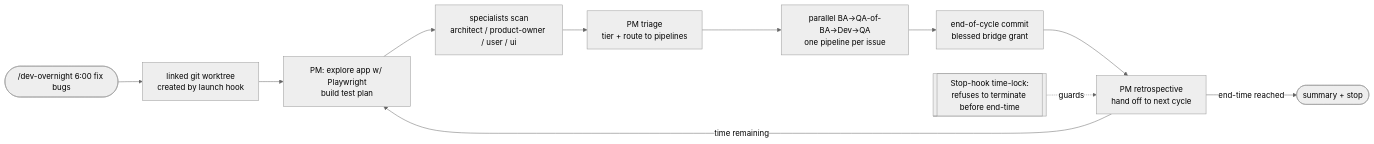
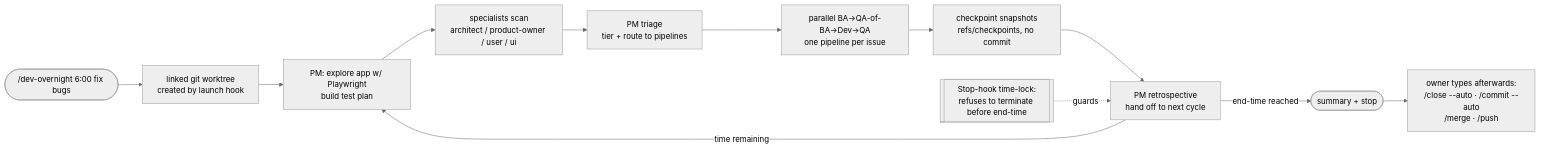
The third of 3 diagrams in README.md (Yugoge/awesome-claude-harness), drawn with Mermaid (neutral theme) before and after one commit. The commit also changed other lines of this file and 1 other file, not shown here.

First line of the commit message:
P2 (R16): README and ARCHITECTURE: no per-cycle commit; the owner lands the work

````diff
--- a/README.md
+++ b/README.md
@@ -576,14 +576,15 @@
 ```mermaid
 flowchart LR
     S([/dev-overnight 6:00 fix bugs]) --> WT[linked git worktree<br/>created by launch hook]
     WT --> PM[PM: explore app w/ Playwright<br/>build test plan]
     PM --> SP[specialists scan<br/>architect / product-owner / user / ui]
     SP --> TR[PM triage<br/>tier + route to pipelines]
     TR --> PARA[parallel BA→QA-of-BA→Dev→QA<br/>one pipeline per issue]
-    PARA --> CM[end-of-cycle commit<br/>blessed bridge grant]
+    PARA --> CM[checkpoint snapshots<br/>refs/checkpoints, no commit]
     CM --> RT[PM retrospective<br/>hand off to next cycle]
     RT -->|time remaining| PM
     RT -->|end-time reached| SUM([summary + stop])
+    SUM --> LAND["owner types afterwards:<br/>/close --auto · /commit --auto<br/>/merge · /push"]
 
     TL[[Stop-hook time-lock:<br/>refuses to terminate before end-time]] -.guards.-> RT
 ```
````
